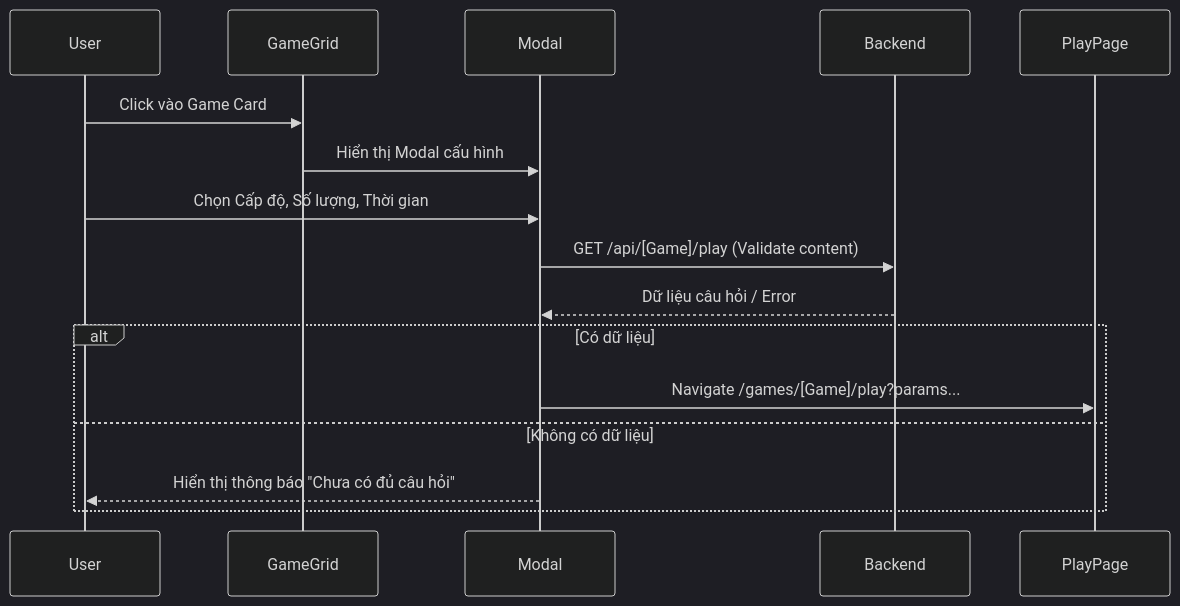
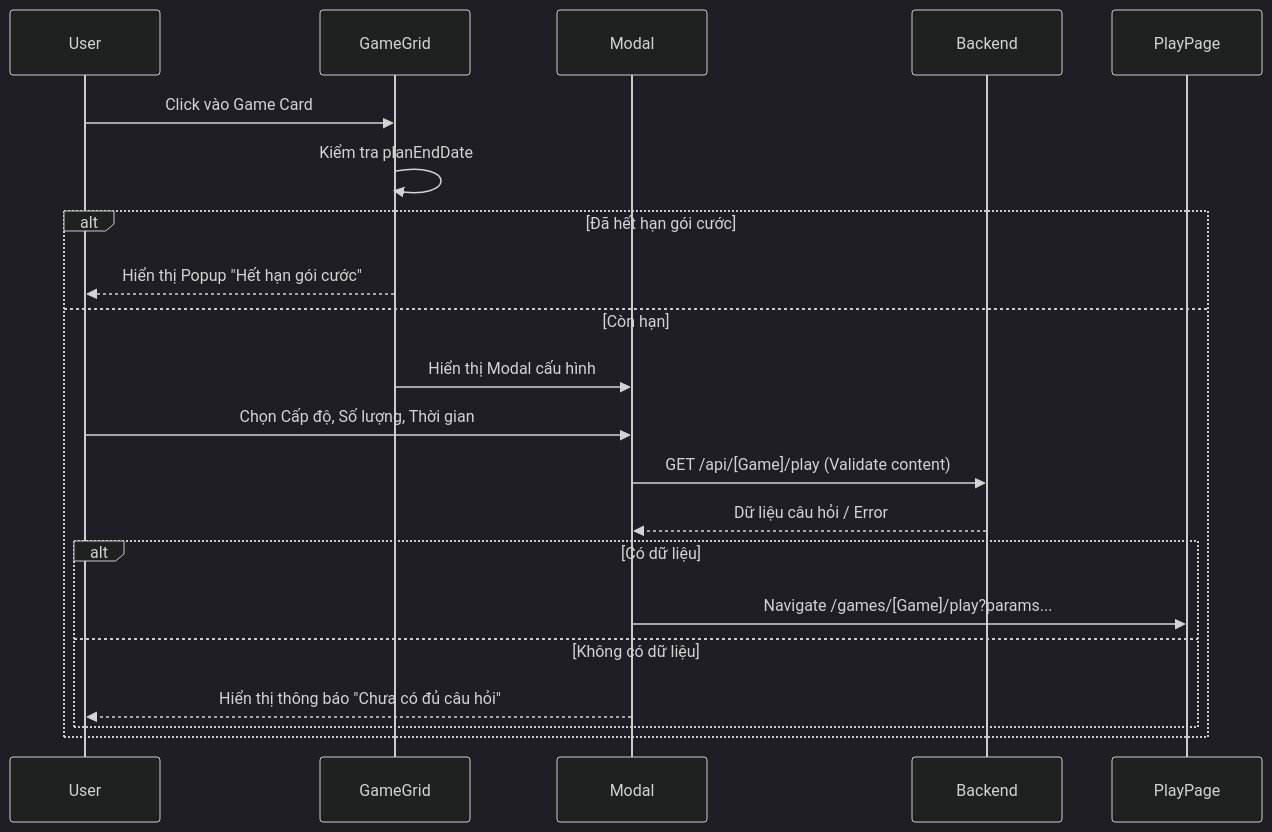
One commit to SmartLearn1987/smartlearnapp changed the first of 2 diagrams in spec/game/DetailDesign-home-game.md. Above: the diagram before and after it, drawn with Mermaid (dark theme). The commit also changed other lines of this file and 27 other files, not shown here.

````diff
--- a/spec/game/DetailDesign-home-game.md
+++ b/spec/game/DetailDesign-home-game.md
@@ -62,21 +67,26 @@
 ```mermaid
 sequenceDiagram
     participant User
     participant GameGrid
     participant Modal
     participant Backend
     participant PlayPage
 
     User->>GameGrid: Click vào Game Card
-    GameGrid->>Modal: Hiển thị Modal cấu hình
-    
-    User->>Modal: Chọn Cấp độ, Số lượng, Thời gian
-    Modal->>Backend: GET /api/[Game]/play (Validate content)
-    Backend-->>Modal: Dữ liệu câu hỏi / Error
+    GameGrid->>GameGrid: Kiểm tra planEndDate
+    alt Đã hết hạn gói cước
+        GameGrid-->>User: Hiển thị Popup "Hết hạn gói cước"
+    else Còn hạn
+        GameGrid->>Modal: Hiển thị Modal cấu hình
+        
+        User->>Modal: Chọn Cấp độ, Số lượng, Thời gian
+        Modal->>Backend: GET /api/[Game]/play (Validate content)
+        Backend-->>Modal: Dữ liệu câu hỏi / Error
 
-    alt Có dữ liệu
-        Modal->>PlayPage: Navigate /games/[Game]/play?params...
-    else Không có dữ liệu
-        Modal-->>User: Hiển thị thông báo "Chưa có đủ câu hỏi"
+        alt Có dữ liệu
+            Modal->>PlayPage: Navigate /games/[Game]/play?params...
+        else Không có dữ liệu
+            Modal-->>User: Hiển thị thông báo "Chưa có đủ câu hỏi"
+        end
     end
 ```
````
